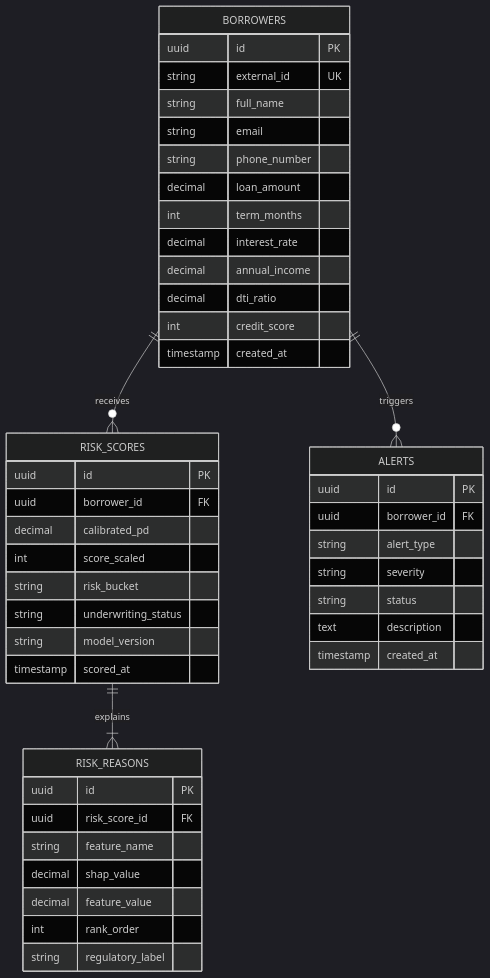
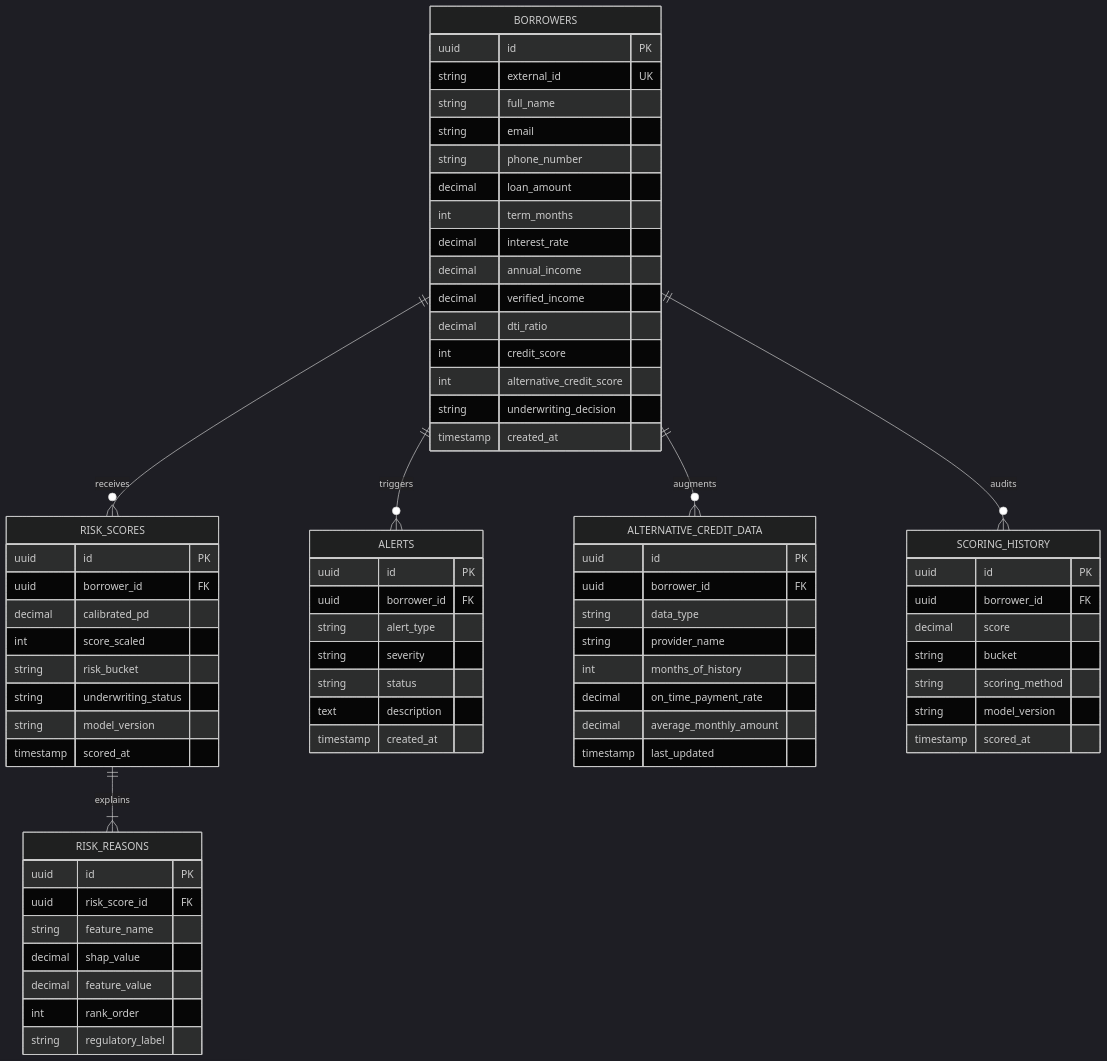
One commit to gufran-09/Loan-Default-Prediction-System changed the third of 3 diagrams in HIGH_LEVEL_DESIGN.md. Above: the diagram before and after it, drawn with Mermaid (dark theme). The commit also changed other lines of this file and 2 other files, not shown here.

Commit message:
fix(ui): debounce borrower search, abort stale fetches, and safely handle transient HTML error responses

````diff
--- a/HIGH_LEVEL_DESIGN.md
+++ b/HIGH_LEVEL_DESIGN.md
@@ -293,52 +299,78 @@
 ```mermaid
 erDiagram
     BORROWERS ||--o{ RISK_SCORES : receives
     RISK_SCORES ||--|{ RISK_REASONS : explains
     BORROWERS ||--o{ ALERTS : triggers
+    BORROWERS ||--o{ ALTERNATIVE_CREDIT_DATA : augments
+    BORROWERS ||--o{ SCORING_HISTORY : audits
 
     BORROWERS {
         uuid id PK
         string external_id UK
         string full_name
         string email
         string phone_number
         decimal loan_amount
         int term_months
         decimal interest_rate
         decimal annual_income
+        decimal verified_income
         decimal dti_ratio
         int credit_score
+        int alternative_credit_score
+        string underwriting_decision
         timestamp created_at
     }
 
     RISK_SCORES {
         uuid id PK
         uuid borrower_id FK
         decimal calibrated_pd
         int score_scaled
         string risk_bucket
         string underwriting_status
         string model_version
         timestamp scored_at
     }
 
     RISK_REASONS {
         uuid id PK
         uuid risk_score_id FK
         string feature_name
         decimal shap_value
         decimal feature_value
         int rank_order
         string regulatory_label
     }
 
     ALERTS {
         uuid id PK
         uuid borrower_id FK
         string alert_type
         string severity
         string status
         text description
         timestamp created_at
     }
+
+    ALTERNATIVE_CREDIT_DATA {
+        uuid id PK
+        uuid borrower_id FK
+        string data_type
+        string provider_name
+        int months_of_history
+        decimal on_time_payment_rate
+        decimal average_monthly_amount
+        timestamp last_updated
+    }
+
+    SCORING_HISTORY {
+        uuid id PK
+        uuid borrower_id FK
+        decimal score
+        string bucket
+        string scoring_method
+        string model_version
+        timestamp scored_at
+    }
 ```
````
